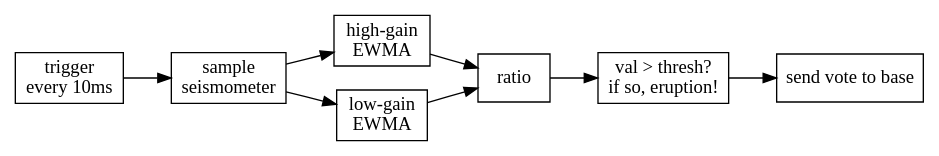
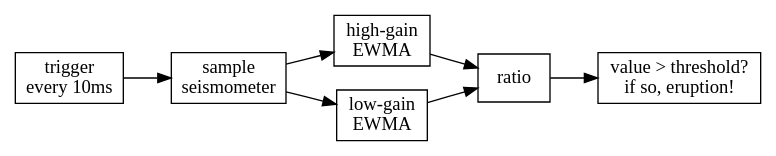
The diagram in rapport/dotfiles/flask-ewma.dot (reenberg/wobot), drawn with Graphviz before and after one commit. The commit also changed 1 other file, not shown here.

```diff
--- a/rapport/dotfiles/flask-ewma.dot
+++ b/rapport/dotfiles/flask-ewma.dot
@@ -1,21 +1,22 @@
 digraph G
 {
         rankdir = LR;
         node [fontname="Times Roman", shape=rectangle];
         edge [color=black, fontname="Times Roman"];
         trigger [label="trigger \nevery 10ms"];
         sample [label="sample \nseismometer"];
         highEWMA [label="high-gain \nEWMA"];
         lowEWMA [label="low-gain \nEWMA"];
         ratio [label="ratio"];
-        test [label="val > thresh? \nif so, eruption!"];
-        send [label="send vote to base"];
+        test [label="value > threshold? \nif so, eruption!"];
+//        send [label="send vote to base"];
 
 trigger -> sample;
 sample -> highEWMA;
 sample -> lowEWMA;
 highEWMA -> ratio;
 lowEWMA -> ratio;
-ratio -> test -> send;
+ratio -> test;
+//-> send;
                
 }
```
